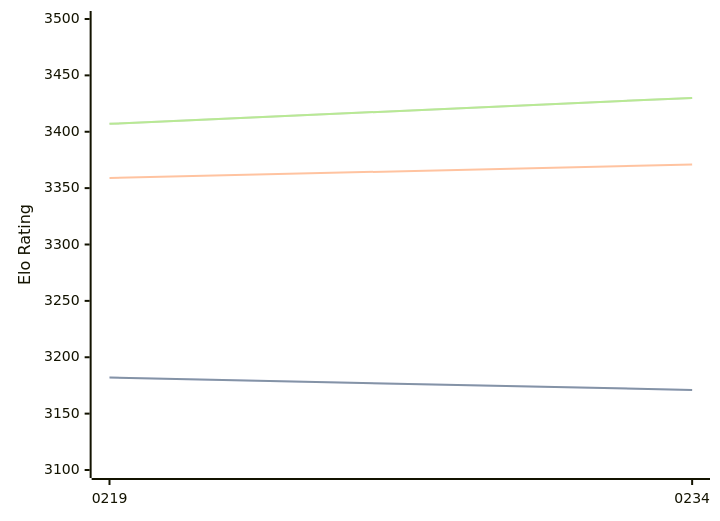
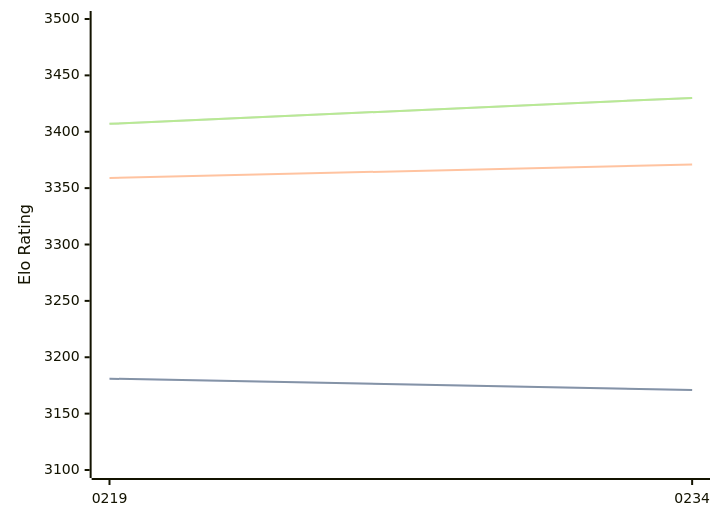
The diagram in engines/Ynode.md (computer-chess-index/cci), drawn with Mermaid before and after one commit. The commit also changed other lines of this file, not shown here.

````diff
--- a/engines/Ynode.md
+++ b/engines/Ynode.md
@@ -39,11 +39,11 @@
 ```mermaid
 %%{init: {"theme":"base","themeVariables":{"seriesColors:['#a3a3a3','#222221','#faa371']}}}%%
 xychart-beta
   x-axis ["0219", "0234"]
   y-axis "Elo Rating" 3100 --> 3500
-  line "STC (8.0+0.08s)" [3182, 3171]
-  line "STC (8.0+0.08s)" [3182, 3171]
+  line "STC (8.0+0.08s)" [3181, 3171]
+  line "STC (8.0+0.08s)" [3181, 3171]
   line "LTC (60.0+0.60s)" [3359, 3371]
   line "VLTC (2m24s+1.12s)" [3407, 3430]
   line "VLTC (2m24s+1.12s)" [3407, 3430]
 ```
````
